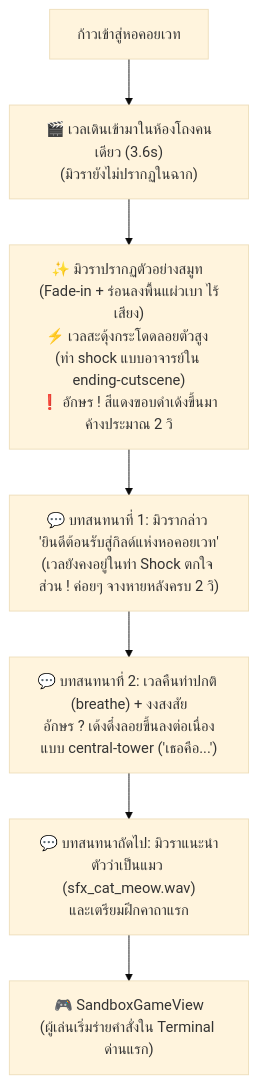
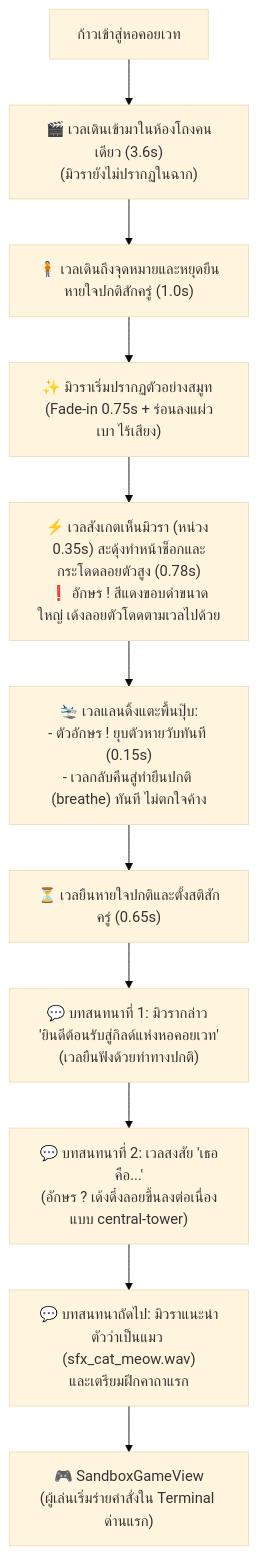
One commit to PetchAuisui/Demo-Game-Git-Diwaa changed the diagram in docs/inside-tower-cutscene.md. Above: the diagram before and after it, drawn with Mermaid (base theme). The commit also changed other lines of this file and 2 other files, not shown here.

First line of the commit message:
feat(cutscene): ปรับจังหวะหยุดยืนและแอนิเมชันกระโดดตกใจพร้อมตัวอักษร ! ใน inside_tower_cutscene

````diff
--- a/docs/inside-tower-cutscene.md
+++ b/docs/inside-tower-cutscene.md
@@ -11,9 +11,13 @@
 ```mermaid
 flowchart TD
     A["ก้าวเข้าสู่หอคอยเวท"] --> B["🎬 เวลเดินเข้ามาในห้องโถงคนเดียว (3.6s)\n(มิวรายังไม่ปรากฏในฉาก)"]
-    B --> C["✨ มิวราปรากฏตัวอย่างสมูท (Fade-in + ร่อนลงพื้นแผ่วเบา ไร้เสียง)\n⚡ เวลสะดุ้งกระโดดลอยตัวสูง (ท่า shock แบบอาจารย์ใน ending-cutscene)\n❗ อักษร ! สีแดงขอบดำเด้งขึ้นมาค้างประมาณ 2 วิ"]
-    C --> D["💬 บทสนทนาที่ 1: มิวรากล่าว 'ยินดีต้อนรับสู่กิลด์แห่งหอคอยเวท'\n(เวลยังคงอยู่ในท่า Shock ตกใจ ส่วน ! ค่อยๆ จางหายหลังครบ 2 วิ)"]
-    D --> E["💬 บทสนทนาที่ 2: เวลคืนท่าปกติ (breathe) + งงสงสัย\nอักษร ? เด้งดึ๋งลอยขึ้นลงต่อเนื่องแบบ central-tower ('เธอคือ...')"]
-    E --> F["💬 บทสนทนาถัดไป: มิวราแนะนำตัวว่าเป็นแมว (sfx_cat_meow.wav)\nและเตรียมฝึกคาถาแรก"]
-    F --> G["🎮 SandboxGameView\n(ผู้เล่นเริ่มร่ายคำสั่งใน Terminal ด่านแรก)"]
+    B --> C["🧍 เวลเดินถึงจุดหมายและหยุดยืนหายใจปกติสักครู่ (1.0s)"]
+    C --> D["✨ มิวราเริ่มปรากฏตัวอย่างสมูท (Fade-in 0.75s + ร่อนลงแผ่วเบา ไร้เสียง)"]
+    D --> E["⚡ เวลสังเกตเห็นมิวรา (หน่วง 0.35s) สะดุ้งทำหน้าช็อกและกระโดดลอยตัวสูง (0.78s)\n❗ อักษร ! สีแดงขอบดำขนาดใหญ่ เด้งลอยตัวโดดตามเวลไปด้วย"]
+    E --> F["🛬 เวลแลนดิ้งแตะพื้นปุ๊บ:\n- ตัวอักษร ! ยุบตัวหายวับทันที (0.15s)\n- เวลกลับคืนสู่ท่ายืนปกติ (breathe) ทันที ไม่ตกใจค้าง"]
+    F --> G["⏳ เวลยืนหายใจปกติและตั้งสติสักครู่ (0.65s)"]
+    G --> H["💬 บทสนทนาที่ 1: มิวรากล่าว 'ยินดีต้อนรับสู่กิลด์แห่งหอคอยเวท'\n(เวลยืนฟังด้วยท่าทางปกติ)"]
+    H --> I["💬 บทสนทนาที่ 2: เวลสงสัย 'เธอคือ...'\n(อักษร ? เด้งดึ๋งลอยขึ้นลงต่อเนื่องแบบ central-tower)"]
+    I --> J["💬 บทสนทนาถัดไป: มิวราแนะนำตัวว่าเป็นแมว (sfx_cat_meow.wav)\nและเตรียมฝึกคาถาแรก"]
+    J --> K["🎮 SandboxGameView\n(ผู้เล่นเริ่มร่ายคำสั่งใน Terminal ด่านแรก)"]
 ```
````
